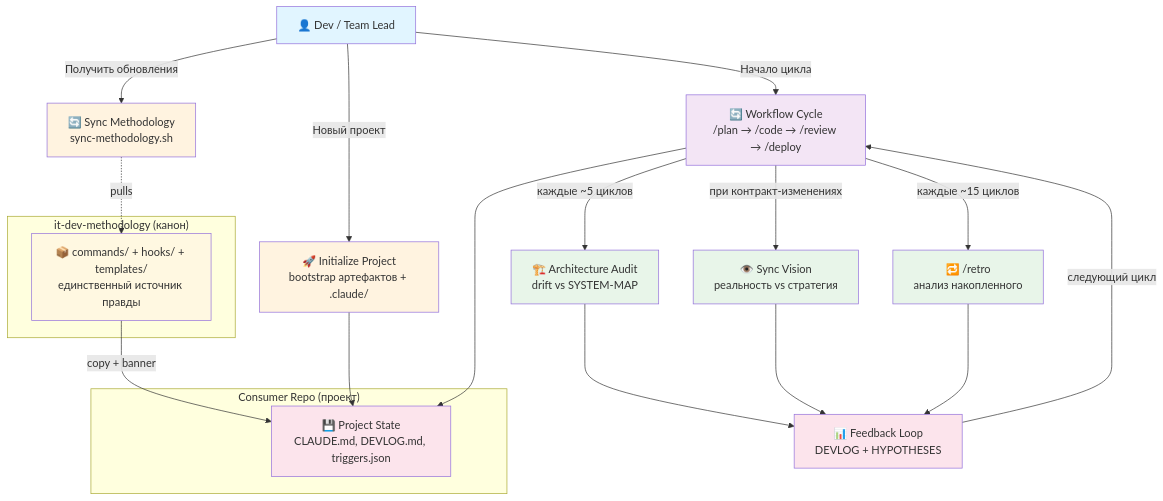
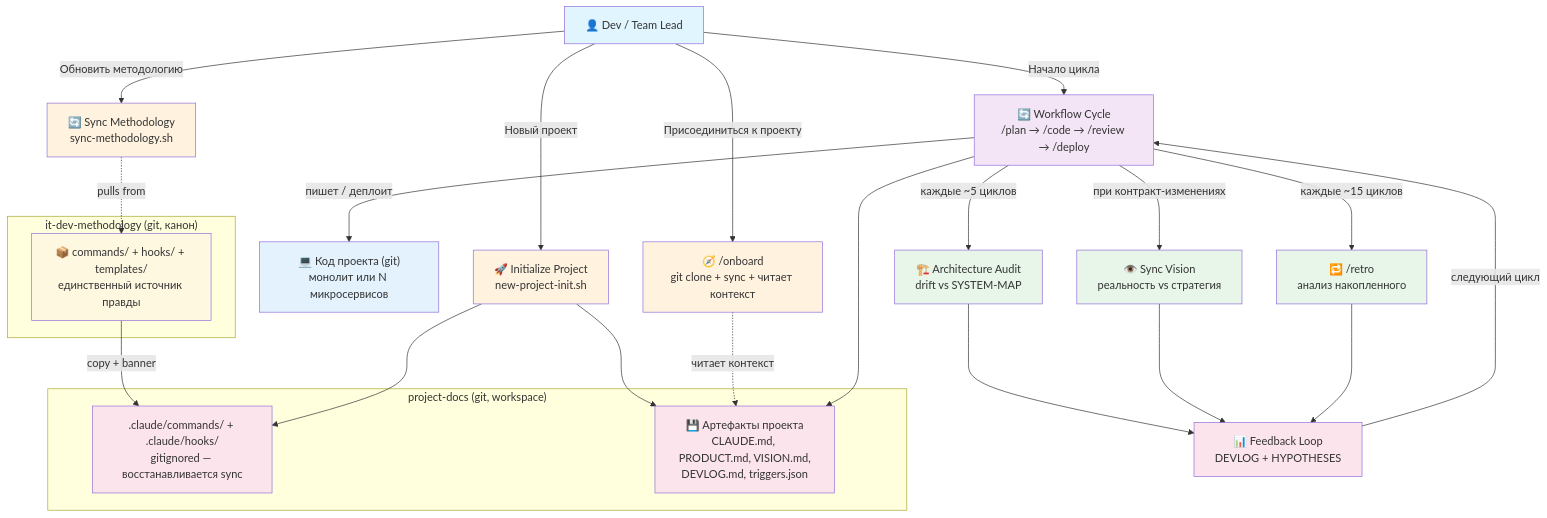
The diagram in docs/product/USER-MAP.md (cait-solutions/it-dev-methodology), drawn with Mermaid before and after one commit. The commit also changed other lines of this file and 3 other files, not shown here.

First line of the commit message:
feat(phase-r1): USER-MAP — три репо, /onboard, код проекта, universal naming [methodology][feat:template] v3.7.0

````diff
--- a/docs/product/USER-MAP.md
+++ b/docs/product/USER-MAP.md
@@ -38,41 +24,51 @@
 ```mermaid
 graph TD
     Dev["👤 Dev / Team Lead"]
 
-    subgraph Methodology["it-dev-methodology (канон)"]
+    subgraph Methodology["it-dev-methodology (git, канон)"]
         Canon["📦 commands/ + hooks/ + templates/<br/>единственный источник правды"]
     end
 
-    subgraph Project["Consumer Repo (проект)"]
-        Storage["💾 Project State<br/>CLAUDE.md, DEVLOG.md, triggers.json"]
+    subgraph DocRepo["project-docs (git, workspace)"]
+        LocalCmds[".claude/commands/ + .claude/hooks/<br/>gitignored — восстанавливается sync"]
+        Storage["💾 Артефакты проекта<br/>CLAUDE.md, PRODUCT.md, VISION.md,<br/>DEVLOG.md, triggers.json"]
     end
 
-    Dev -->|"Новый проект"| Init["🚀 Initialize Project<br/>bootstrap артефактов + .claude/"]
+    Services["💻 Код проекта (git)<br/>монолит или N микросервисов"]
+
+    Dev -->|"Новый проект"| Init["🚀 Initialize Project<br/>new-project-init.sh"]
+    Dev -->|"Присоединиться к проекту"| Onboard["🧭 /onboard<br/>git clone + sync + читает контекст"]
     Dev -->|"Начало цикла"| Workflow["🔄 Workflow Cycle<br/>/plan → /code → /review → /deploy"]
-    Dev -->|"Получить обновления"| Sync["🔄 Sync Methodology<br/>sync-methodology.sh"]
+    Dev -->|"Обновить методологию"| Sync["🔄 Sync Methodology<br/>sync-methodology.sh"]
 
-    Sync -.->|"pulls"| Canon
-    Canon -->|"copy + banner"| Storage
+    Sync -.->|"pulls from"| Canon
+    Canon -->|"copy + banner"| LocalCmds
+    Init --> LocalCmds
     Init --> Storage
+    Onboard -.->|"читает контекст"| Storage
     Workflow --> Storage
+    Workflow -->|"пишет / деплоит"| Services
 
     Workflow -->|"каждые ~5 циклов"| Audit["🏗️ Architecture Audit<br/>drift vs SYSTEM-MAP"]
     Workflow -->|"при контракт-изменениях"| Vision["👁️ Sync Vision<br/>реальность vs стратегия"]
     Workflow -->|"каждые ~15 циклов"| Retro["🔁 /retro<br/>анализ накопленного"]
 
     Audit --> Feedback["📊 Feedback Loop<br/>DEVLOG + HYPOTHESES"]
     Vision --> Feedback
     Retro --> Feedback
     Feedback -->|"следующий цикл"| Workflow
 
     style Dev fill:#e1f5ff
     style Init fill:#fff3e0
+    style Onboard fill:#fff3e0
     style Workflow fill:#f3e5f5
     style Sync fill:#fff3e0
     style Canon fill:#fff8e1
+    style LocalCmds fill:#fce4ec
     style Storage fill:#fce4ec
+    style Services fill:#e3f2fd
     style Audit fill:#e8f5e9
     style Vision fill:#e8f5e9
     style Retro fill:#e8f5e9
     style Feedback fill:#fce4ec
 ```
````
